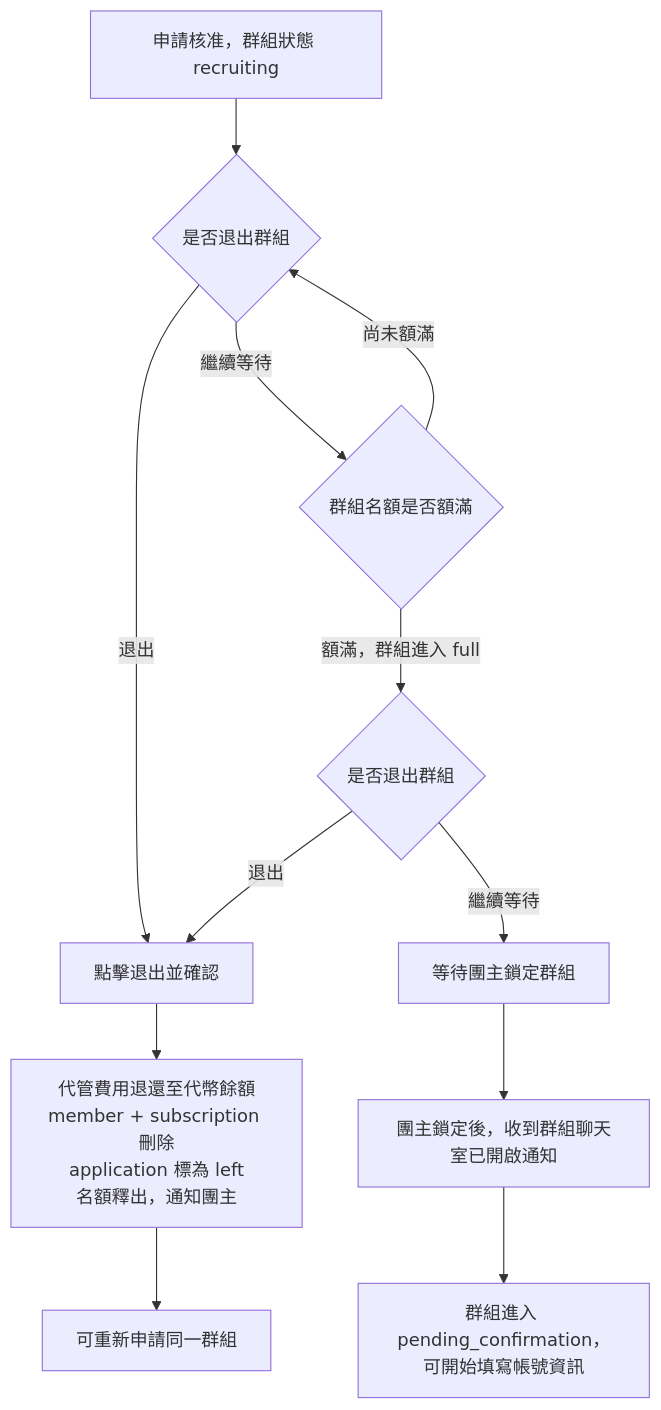
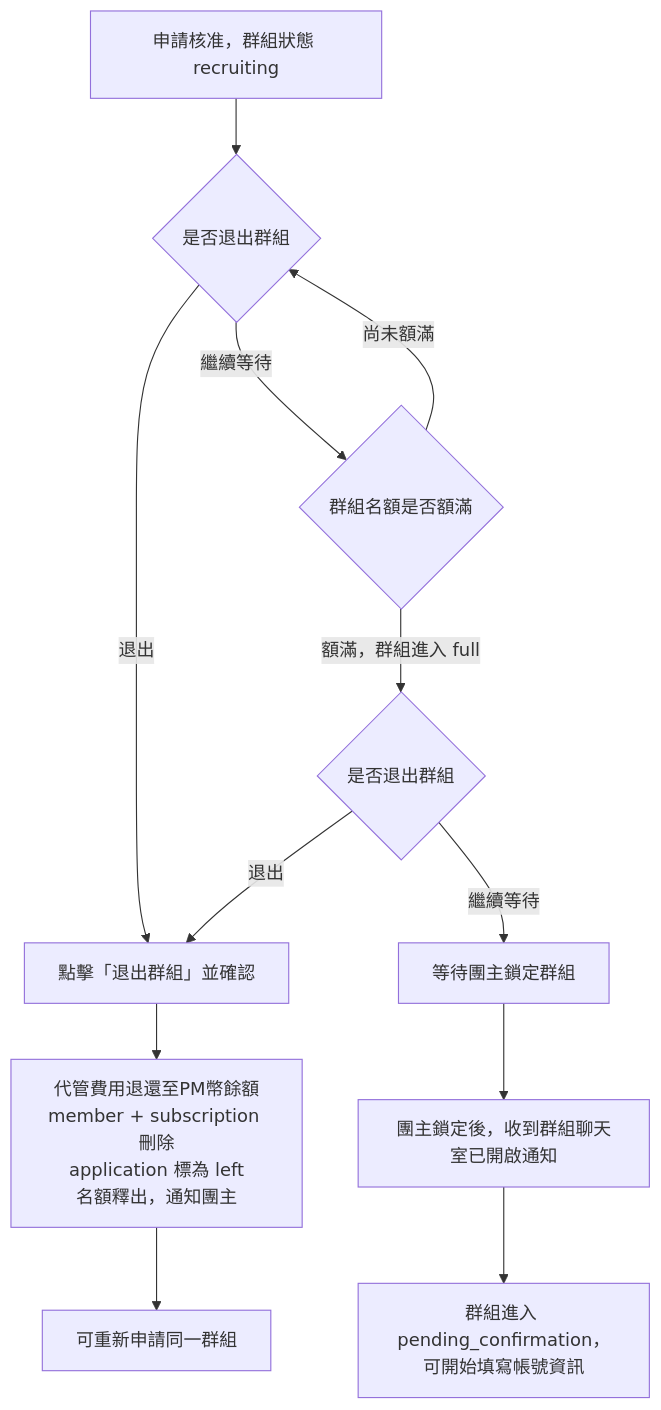
The third of 15 diagrams in docs/user-flows.md (s1092055/PartyMatch), drawn with Mermaid before and after one commit. The commit also changed other lines of this file and 16 other files, not shown here.

````diff
--- a/docs/user-flows.md
+++ b/docs/user-flows.md
@@ -60,14 +58,14 @@
 ```mermaid
 flowchart TD
   A[申請核准，群組狀態 recruiting] --> B{是否退出群組}
-  B -->|退出| C[點擊退出並確認]
-  C --> D[代管費用退還至代幣餘額\nmember + subscription 刪除\napplication 標為 left\n名額釋出，通知團主]
+  B -->|退出| C[點擊「退出群組」並確認]
+  C --> D[代管費用退還至PM幣餘額\nmember + subscription 刪除\napplication 標為 left\n名額釋出，通知團主]
   D --> E[可重新申請同一群組]
   B -->|繼續等待| F{群組名額是否額滿}
   F -->|尚未額滿| B
   F -->|額滿，群組進入 full| G{是否退出群組}
   G -->|退出| C
   G -->|繼續等待| H[等待團主鎖定群組]
   H --> I[團主鎖定後，收到群組聊天室已開啟通知]
   I --> J[群組進入 pending_confirmation，可開始填寫帳號資訊]
 ```
````
